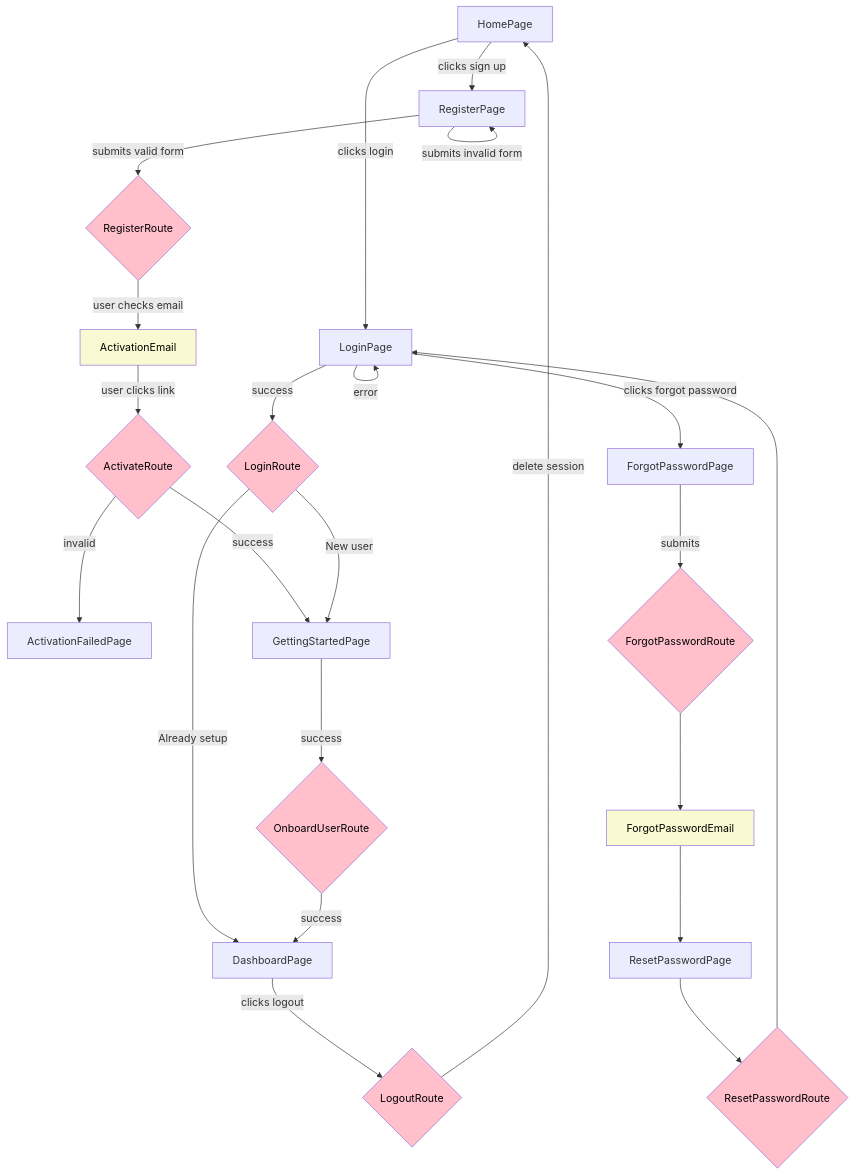
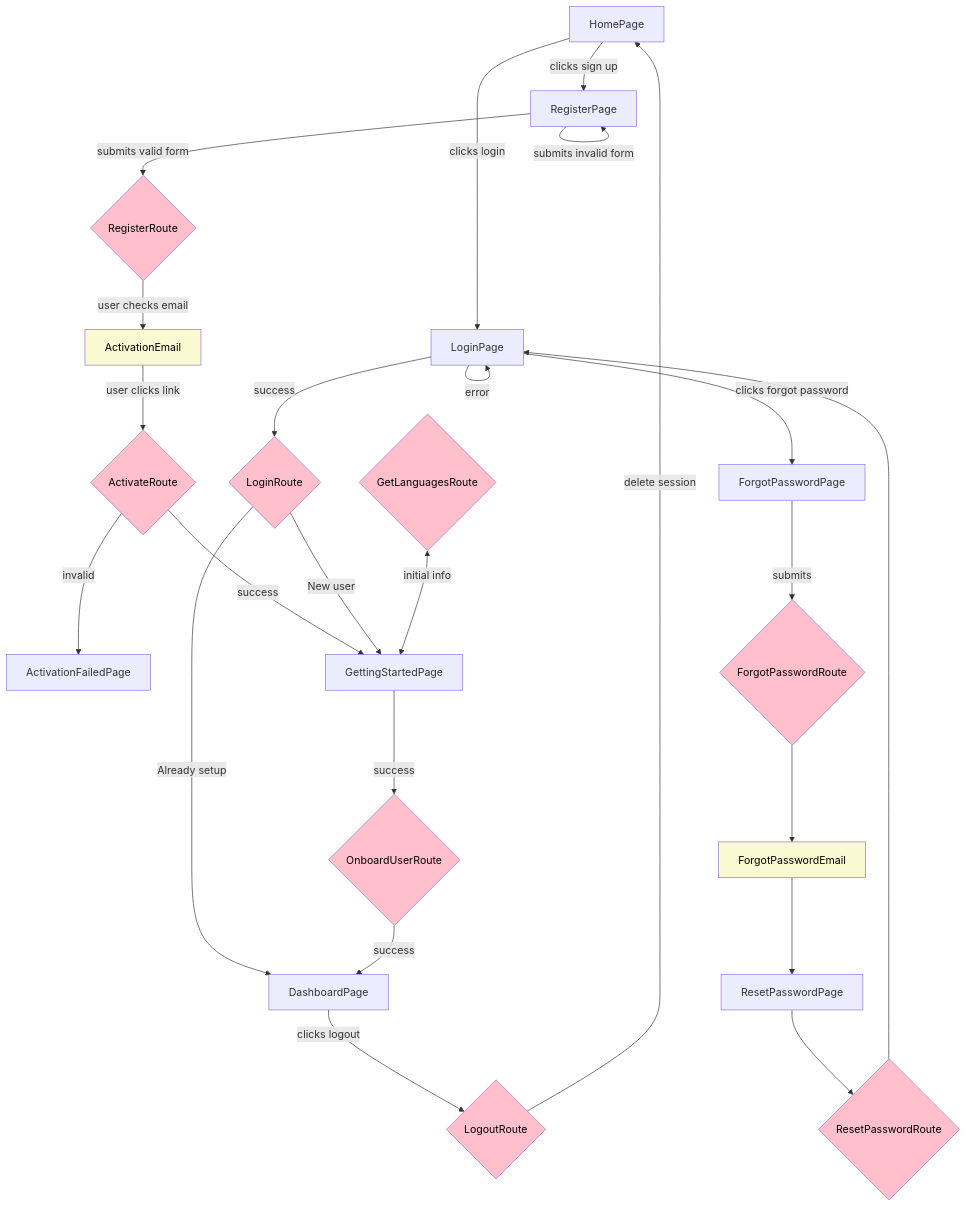
One commit to pagekey/boom-ce-next changed the diagram in docs/architecture/user/index.md. Above: the diagram before and after it, drawn with Mermaid. The commit also changed other lines of this file, not shown here.

````diff
--- a/docs/architecture/user/index.md
+++ b/docs/architecture/user/index.md
@@ -48,37 +48,41 @@
 ```mermaid
 flowchart TD
     HomePage -->|clicks login| LoginPage
     HomePage -->|clicks sign up| RegisterPage
     RegisterPage -->|submits invalid form| RegisterPage
     RegisterPage -->|submits valid form| SendEmail{RegisterRoute}
     SendEmail -->|user checks email| ActivationEmail
     ActivationEmail -->|user clicks link| CheckActivation{ActivateRoute}
     CheckActivation -->|invalid| ActivationFailedPage
     CheckActivation -->|success| GettingStartedPage
     LoginPage -->|error| LoginPage
     LoginPage -->|success| CheckAccount{LoginRoute}
     LoginPage -->|clicks forgot password| ForgotPasswordPage
     ForgotPasswordPage -->|submits| ForgotPasswordRoute{ForgotPasswordRoute}
     ForgotPasswordRoute --> ForgotPasswordEmail
     ForgotPasswordEmail --> ResetPasswordPage
     ResetPasswordPage --> ResetPasswordRoute{ResetPasswordRoute}
     ResetPasswordRoute --> LoginPage
     CheckAccount -->|Already setup| DashboardPage
     CheckAccount -->|New user| GettingStartedPage
     GettingStartedPage -->|success| OnboardUserRoute{OnboardUserRoute}
     OnboardUserRoute -->|success| DashboardPage
     DashboardPage -->|clicks logout| LogoutRoute{LogoutRoute}
     LogoutRoute -->|delete session| HomePage
 
+    GetLanguagesRoute <-->|initial info| GettingStartedPage 
+    GetLanguagesRoute{GetLanguagesRoute}
+
     %% Email Templates
     style ActivationEmail fill:LightGoldenRodYellow,color:black
     style ForgotPasswordEmail fill:LightGoldenRodYellow,color:black
     %% Routes
     style SendEmail fill:pink,color:black
     style CheckActivation fill:pink,color:black
     style CheckAccount fill:pink,color:black
+    style GetLanguagesRoute fill:pink,color:black
     style LogoutRoute fill:pink,color:black
     style OnboardUserRoute fill:pink,color:black
     style ForgotPasswordRoute fill:pink,color:black
     style ResetPasswordRoute fill:pink,color:black
 ```
````
